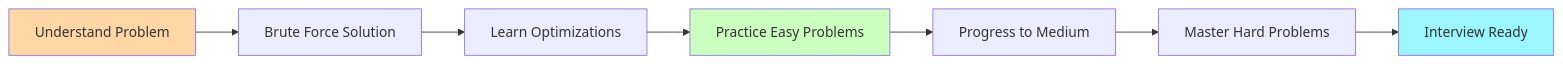
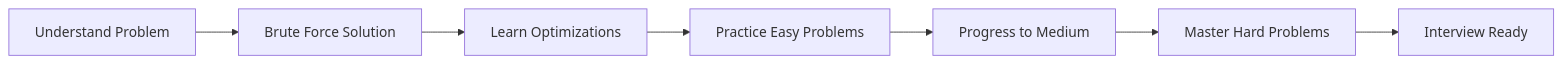
One commit to Yash-Kavaiya/Python-DSA changed the fourth of 4 diagrams in Vizuara/1_Why to Learn DSA.md. Above: the diagram before and after it, drawn with Mermaid. The commit also changed other lines of this file, not shown here.

````diff
--- a/Vizuara/1_Why to Learn DSA.md
+++ b/Vizuara/1_Why to Learn DSA.md
@@ -243,13 +227,10 @@
 ```mermaid
 flowchart LR
     A[Understand Problem] --> B[Brute Force Solution]
     B --> C[Learn Optimizations]
     C --> D[Practice Easy Problems]
     D --> E[Progress to Medium]
     E --> F[Master Hard Problems]
     F --> G[Interview Ready]
-    
-    style A fill:#ffd6a5
-    style D fill:#caffbf
-    style G fill:#9bf6ff
+
 ```
````
